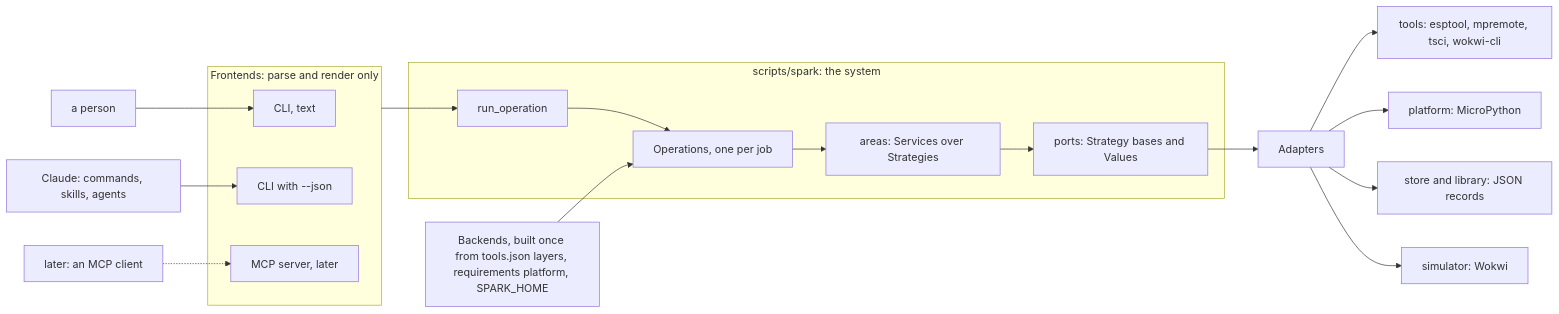
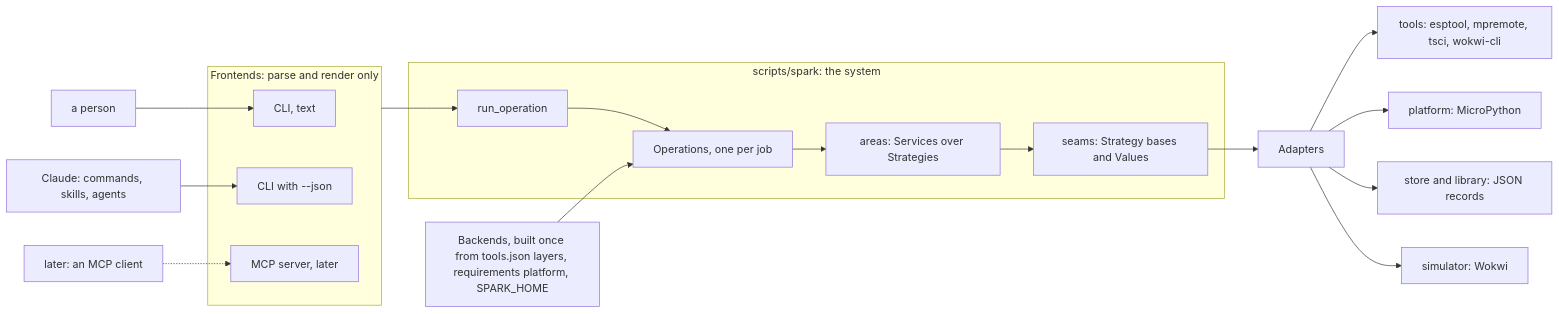
The first of 3 diagrams in docs/discovery/2026-10-19-p323-target-architecture/architecture/README.md (xmejkal/spark), drawn with Mermaid before and after one commit. The commit also changed other lines of this file and 6 other files, not shown here.

````diff
--- a/docs/discovery/2026-10-19-p323-target-architecture/architecture/README.md
+++ b/docs/discovery/2026-10-19-p323-target-architecture/architecture/README.md
@@ -32,23 +37,23 @@
 ```mermaid
 flowchart LR
   P["a person"] --> TXT["CLI, text"]
   C["Claude: commands, skills, agents"] --> JSON["CLI with --json"]
   M["later: an MCP client"] -.-> MCP["MCP server, later"]
   subgraph FE["Frontends: parse and render only"]
     TXT
     JSON
     MCP
   end
   FE --> RO["run_operation"]
   subgraph SYS["scripts/spark: the system"]
     RO --> OPS["Operations, one per job"]
     OPS --> AREAS["areas: Services over Strategies"]
-    AREAS --> PORTS["ports: Strategy bases and Values"]
+    AREAS --> PORTS["seams: Strategy bases and Values"]
   end
   CFG["Backends, built once from tools.json layers, requirements platform, SPARK_HOME"] --> OPS
   PORTS --> AD["Adapters"]
   AD --> T["tools: esptool, mpremote, tsci, wokwi-cli"]
   AD --> PL["platform: MicroPython"]
   AD --> ST["store and library: JSON records"]
   AD --> SIM["simulator: Wokwi"]
 ```
````
